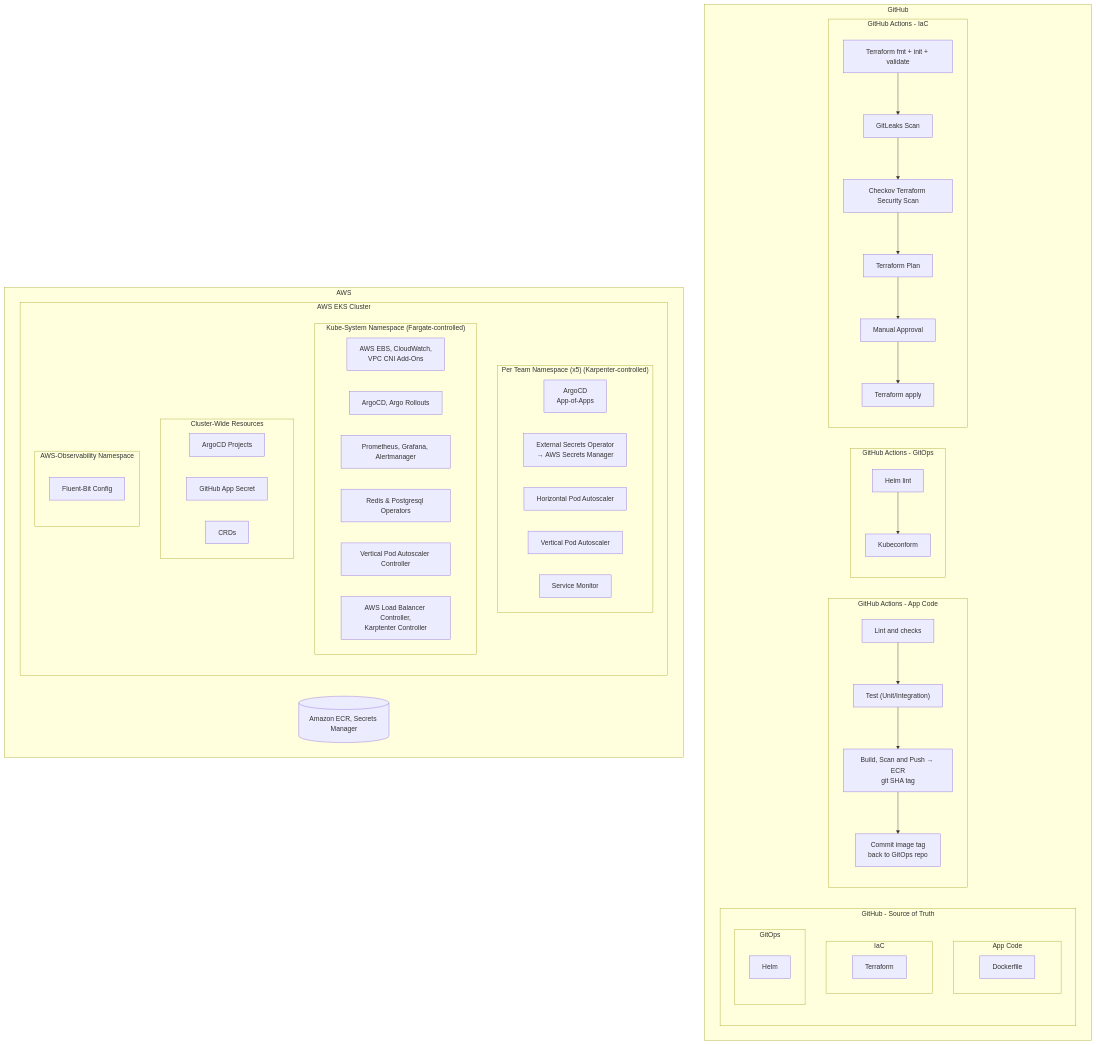
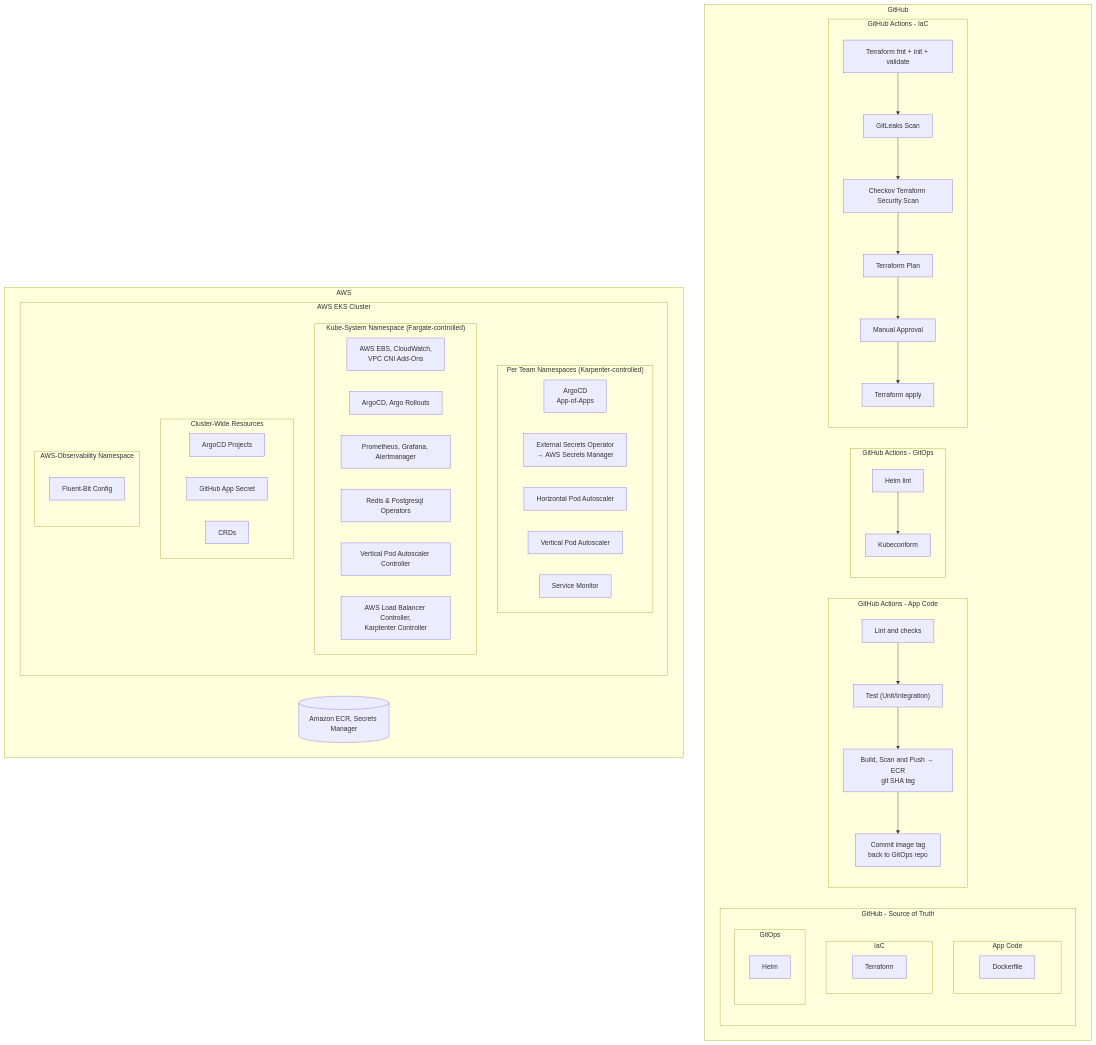
The diagram in README.md (grayburnd/aws-eks-gitops-argocd-terraform), drawn with Mermaid before and after one commit. The commit also changed other lines of this file and 4 other files, not shown here.

```diff
--- a/README.md
+++ b/README.md
@@ -55,7 +55,7 @@
         CICD_GITOPS
         CICD_IAC
   end
- subgraph SYS["Per Team Namespace (x5) (Karpenter-controlled)"]
+ subgraph SYS["Per Team Namespaces (Karpenter-controlled)"]
         ARGO["ArgoCD\nApp-of-Apps"]
         ESO["External Secrets Operator\n→ AWS Secrets Manager"]
         HPA["Horizontal Pod Autoscaler"]
```
